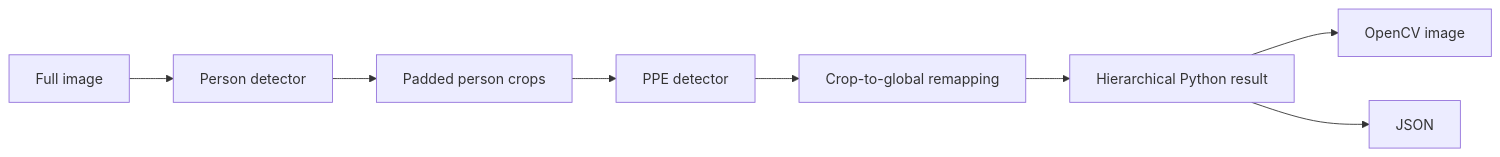
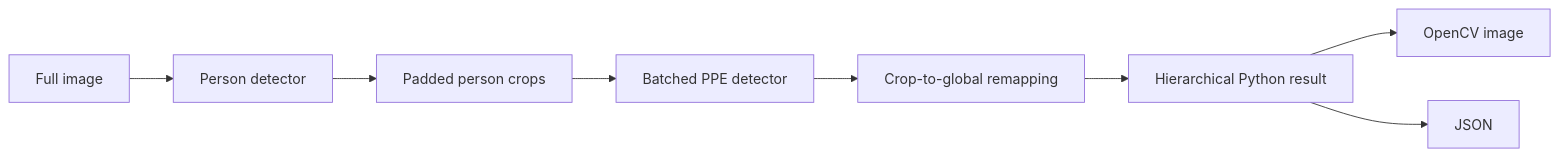
One commit to 10ishk/two-stage-ppe changed the diagram in README.md. Above: the diagram before and after it, drawn with Mermaid. The commit also changed other lines of this file and 1 other file, not shown here.

Commit message:
docs: document batched inference and memory controls

````diff
--- a/README.md
+++ b/README.md
@@ -9,10 +9,10 @@
 ```mermaid
 flowchart LR
     A[Full image] --> B[Person detector]
     B --> C[Padded person crops]
-    C --> D[PPE detector]
+    C --> D[Batched PPE detector]
     D --> E[Crop-to-global remapping]
     E --> F[Hierarchical Python result]
     F --> G[OpenCV image]
     F --> H[JSON]
 ```
````
